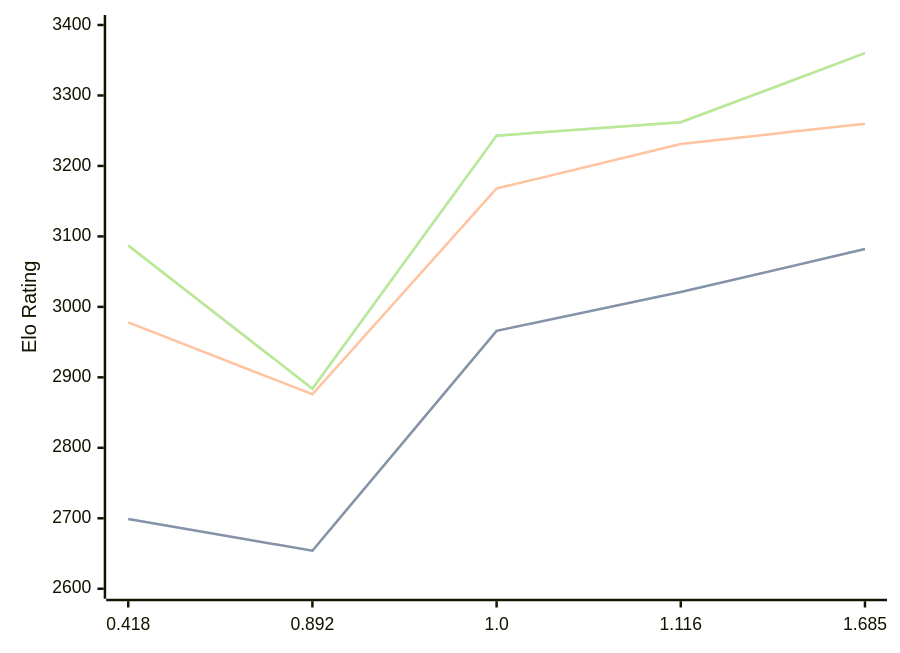
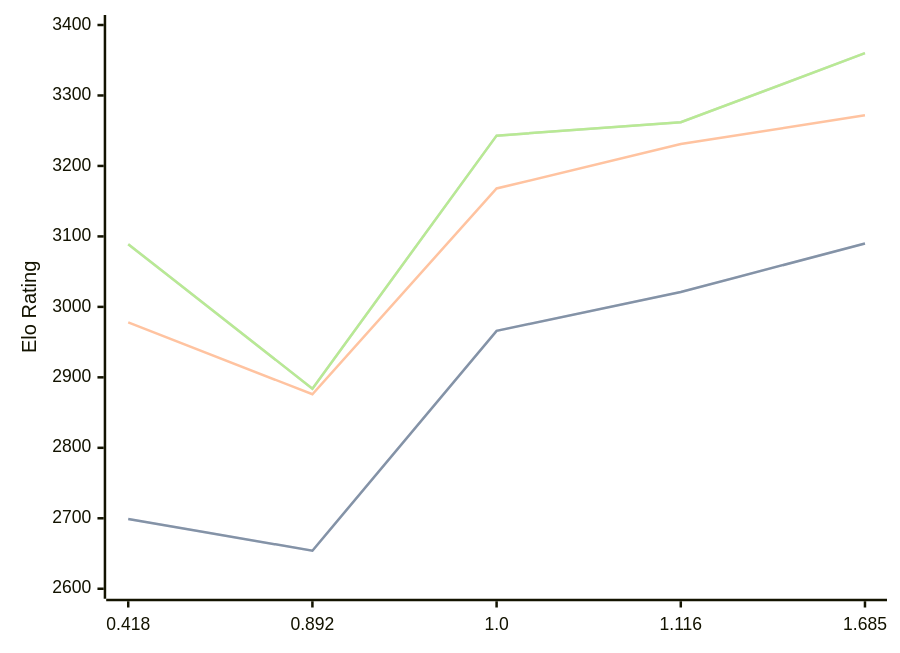
Before and after one commit to computer-chess-index/cci: the diagram in engines/Malika.md, drawn with Mermaid. The commit also changed other lines of this file, not shown here.

Commit message:
Update CCI Ratings (ELO VLTC) - 2026-07-19

````diff
--- a/engines/Malika.md
+++ b/engines/Malika.md
@@ -35,11 +35,11 @@
 ```mermaid
 %%{init: {"theme":"base","themeVariables":{"seriesColors:['#a3a3a3','#222221','#faa371']}}}%%
 xychart-beta
   x-axis ["0.418", "0.892", "1.0", "1.116", "1.685"]
   y-axis "Elo Rating" 2600 --> 3400
-  line "STC (8.0+0.08s)" [2699, 2654, 2966, 3021, 3082]
-  line "STC (8.0+0.08s)" [2699, 2654, 2966, 3021, 3082]
-  line "LTC (60.0+0.60s)" [2978, 2876, 3168, 3231, 3260]
-  line "VLTC (2m24s+1.12s)" [3087, 2884, 3243, 3262, 3360]
-  line "VLTC (2m24s+1.12s)" [3087, 2884, 3243, 3262, 3360]
+  line "STC (8.0+0.08s)" [2699, 2654, 2966, 3021, 3090]
+  line "STC (8.0+0.08s)" [2699, 2654, 2966, 3021, 3090]
+  line "LTC (60.0+0.60s)" [2978, 2876, 3168, 3231, 3272]
+  line "VLTC (2m24s+1.12s)" [3089, 2884, 3243, 3262, 3360]
+  line "VLTC (2m24s+1.12s)" [3089, 2884, 3243, 3262, 3360]
 ```
````
